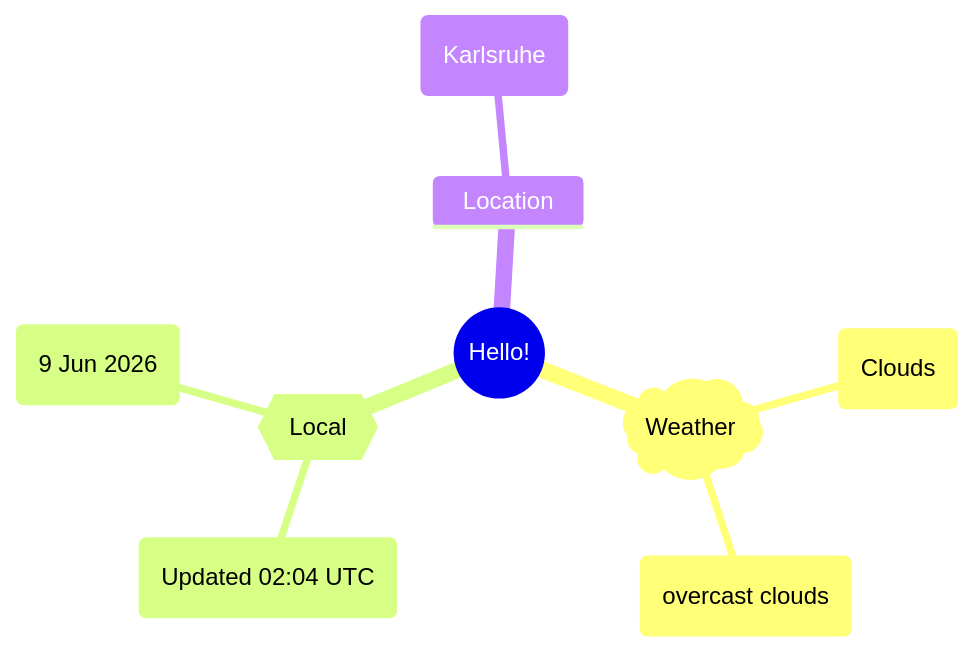
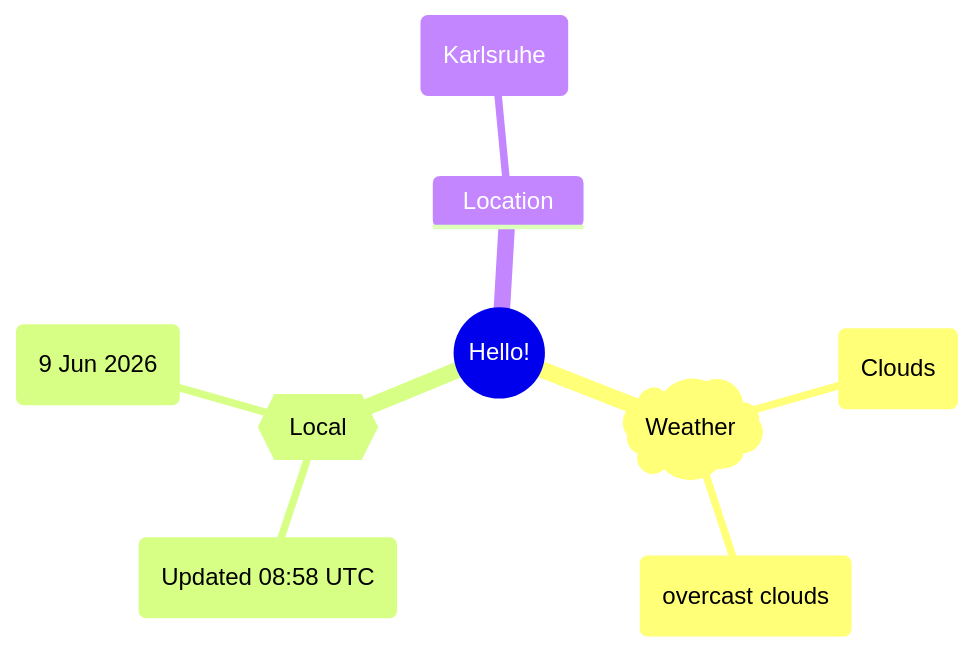
The first of 2 diagrams in README.md (Xosrov/Xosrov), drawn with Mermaid before and after one commit.

Commit message:
[bot] updated images

````diff
--- a/README.md
+++ b/README.md
@@ -3,12 +3,12 @@
 ```mermaid
 mindmap
   root((Hello!))
     )Weather(
         (Clouds)
         (overcast clouds)
     {{Local}}
-        (Updated 02:04 UTC)
+        (Updated 08:58 UTC)
         (9 Jun 2026)
     Location
         (Karlsruhe)
 ```
````
